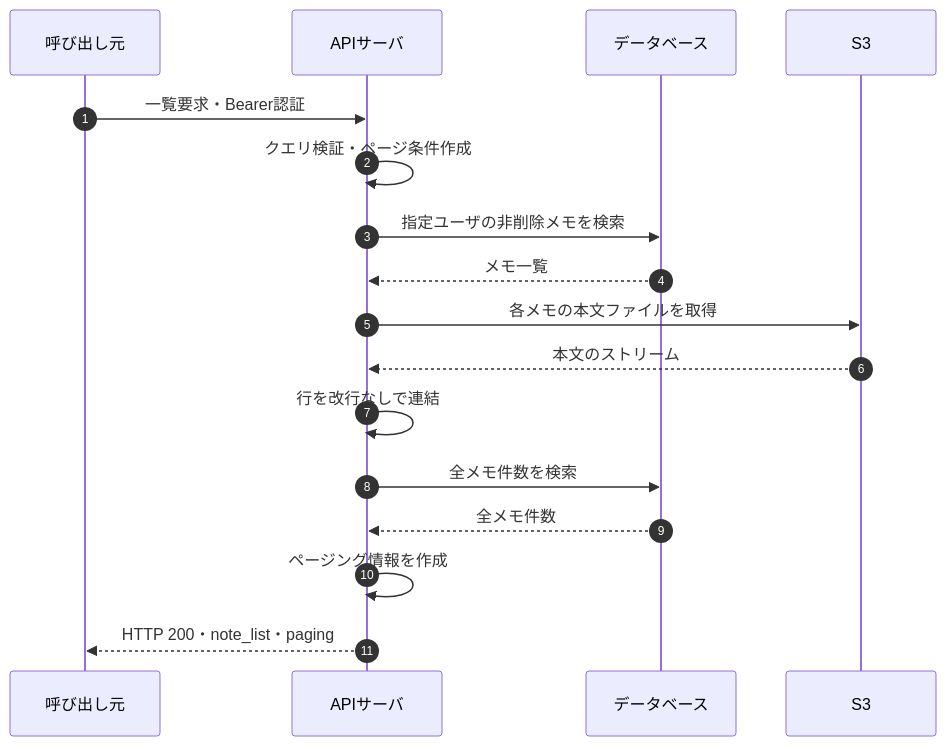
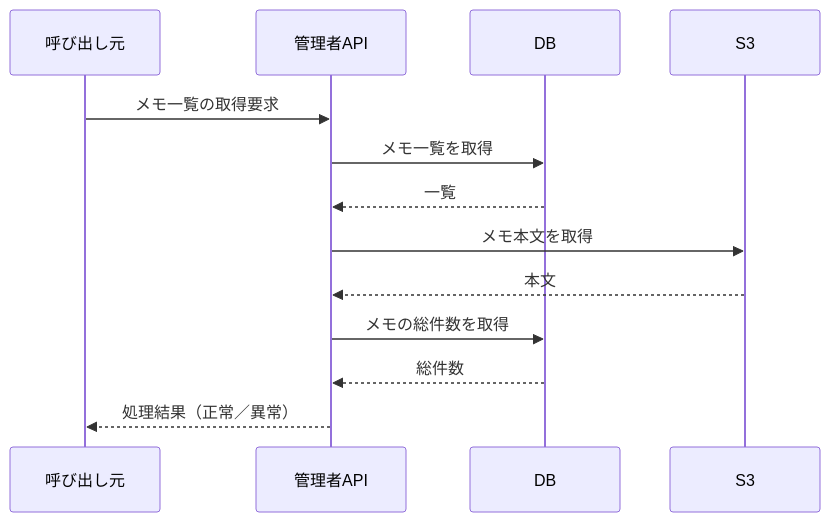
One commit to kohei-okazaki/work-3g changed the first of 2 diagrams in ha-docs/design/05_rootapi/設計書_5.7.1.メモ情報一覧取得API.md. Above: the diagram before and after it, drawn with Mermaid. The commit also changed other lines of this file and 67 other files, not shown here.

````diff
--- a/ha-docs/design/05_rootapi/設計書_5.7.1.メモ情報一覧取得API.md
+++ b/ha-docs/design/05_rootapi/設計書_5.7.1.メモ情報一覧取得API.md
@@ -139,19 +10,15 @@
 ```mermaid
 sequenceDiagram
-    autonumber
-    participant Client as 呼び出し元
-    participant API as APIサーバ
-    participant DB as データベース
-    participant S3 as S3
-    Client->>API: 一覧要求・Bearer認証
-    API->>API: クエリ検証・ページ条件作成
-    API->>DB: 指定ユーザの非削除メモを検索
-    DB-->>API: メモ一覧
-    API->>S3: 各メモの本文ファイルを取得
-    S3-->>API: 本文のストリーム
-    API->>API: 行を改行なしで連結
-    API->>DB: 全メモ件数を検索
-    DB-->>API: 全メモ件数
-    API->>API: ページング情報を作成
-    API-->>Client: HTTP 200・note_list・paging
+    participant C as 呼び出し元
+    participant A as 管理者API
+    participant D as DB
+    participant S as S3
+    C->>A: メモ一覧の取得要求
+    A->>D: メモ一覧を取得
+    D-->>A: 一覧
+    A->>S: メモ本文を取得
+    S-->>A: 本文
+    A->>D: メモの総件数を取得
+    D-->>A: 総件数
+    A-->>C: 処理結果（正常／異常）
 ```
````
